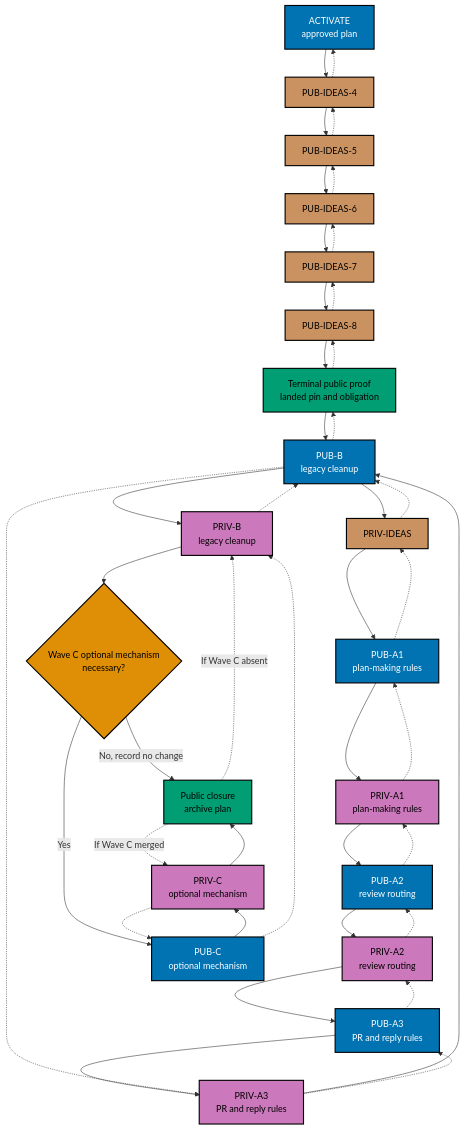
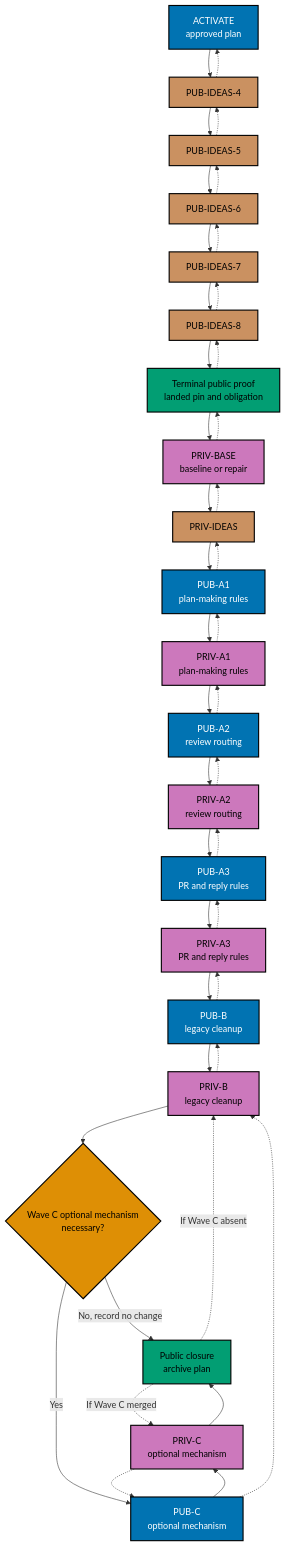
The third of 3 diagrams in plans/in-progress/optimize-pr-process/tech-docs.md (wahidyankf/open-sharia-fintech), drawn with Mermaid before and after one commit. The commit also changed 3 other files, not shown here.

````diff
--- a/plans/in-progress/optimize-pr-process/tech-docs.md
+++ b/plans/in-progress/optimize-pr-process/tech-docs.md
@@ -163,24 +163,24 @@
 ```mermaid
 %% Color Palette: Blue #0173B2, Orange #DE8F05, Teal #029E73, Purple #CC78BC, Brown #CA9161
 flowchart TD
     accTitle: Sequential delivery and reverse dependency rollback
     accDescr: Activation precedes five separately pinned public idea subdeliveries. Only the fifth's terminal public proof authorizes the private baseline and then private ideas; each later public wave precedes private adaptation. Rollback reverses that order.
     A["ACTIVATE<br/>approved plan"]:::blue --> I4["PUB-IDEAS-4"]:::brown --> I5["PUB-IDEAS-5"]:::brown --> I6["PUB-IDEAS-6"]:::brown --> I7["PUB-IDEAS-7"]:::brown --> I8["PUB-IDEAS-8"]:::brown
-    I8 --> T["Terminal public proof<br/>landed pin and obligation"]:::teal --> PB["PRIV-BASE<br/>baseline or repair"]:::purple --> I2["PRIV-IDEAS"]:::brown
+    I8 --> T["Terminal public proof<br/>landed pin and obligation"]:::teal --> PRIV_BASE["PRIV-BASE<br/>baseline or repair"]:::purple --> I2["PRIV-IDEAS"]:::brown
     I2 --> PA1["PUB-A1<br/>plan-making rules"]:::blue --> VA1["PRIV-A1<br/>plan-making rules"]:::purple
     VA1 --> PA2["PUB-A2<br/>review routing"]:::blue --> VA2["PRIV-A2<br/>review routing"]:::purple
     VA2 --> PA3["PUB-A3<br/>PR and reply rules"]:::blue --> VA3["PRIV-A3<br/>PR and reply rules"]:::purple
-    VA3 --> PB["PUB-B<br/>legacy cleanup"]:::blue --> VB["PRIV-B<br/>legacy cleanup"]:::purple
+    VA3 --> PUB_B["PUB-B<br/>legacy cleanup"]:::blue --> VB["PRIV-B<br/>legacy cleanup"]:::purple
     VB --> C{"Wave C optional mechanism<br/>necessary?"}:::orange
     C -->|No, record no change| Z["Public closure<br/>archive plan"]:::teal
     C -->|Yes| PC["PUB-C<br/>optional mechanism"]:::blue --> VC["PRIV-C<br/>optional mechanism"]:::purple --> Z
     Z -. "If Wave C merged" .-> VC
     Z -. "If Wave C absent" .-> VB
-    VC -.-> PC -.-> VB -.-> PB -.-> VA3 -.-> PA3
-    PA3 -.-> VA2 -.-> PA2 -.-> VA1 -.-> PA1 -.-> I2 -.-> PB -.-> T -.-> I8 -.-> I7 -.-> I6 -.-> I5 -.-> I4 -.-> A
+    VC -.-> PC -.-> VB -.-> PUB_B -.-> VA3 -.-> PA3
+    PA3 -.-> VA2 -.-> PA2 -.-> VA1 -.-> PA1 -.-> I2 -.-> PRIV_BASE -.-> T -.-> I8 -.-> I7 -.-> I6 -.-> I5 -.-> I4 -.-> A
     classDef blue fill:#0173B2,stroke:#000000,color:#FFFFFF,stroke-width:2px
     classDef orange fill:#DE8F05,stroke:#000000,color:#000000,stroke-width:2px
     classDef teal fill:#029E73,stroke:#000000,color:#000000,stroke-width:2px
     classDef purple fill:#CC78BC,stroke:#000000,color:#000000,stroke-width:2px
     classDef brown fill:#CA9161,stroke:#000000,color:#000000,stroke-width:2px
 ```
````
